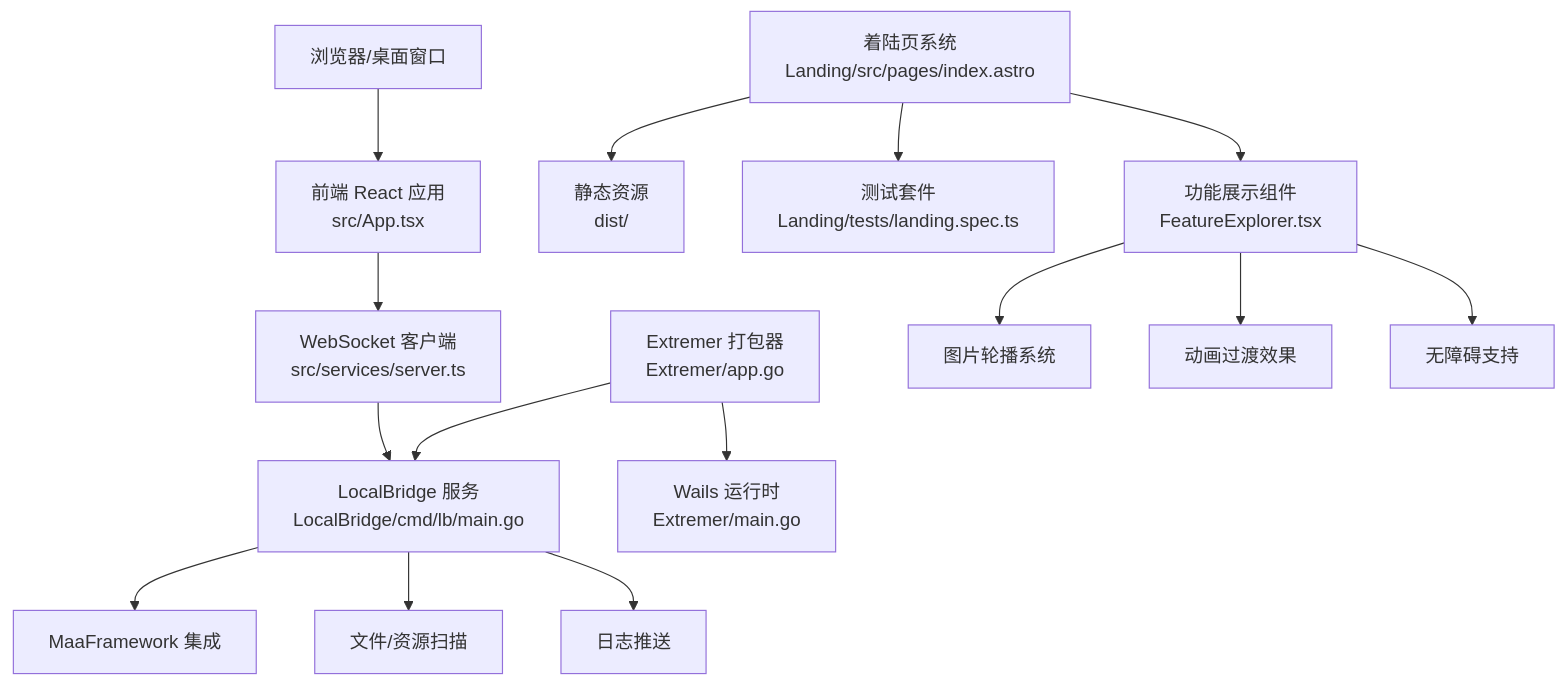
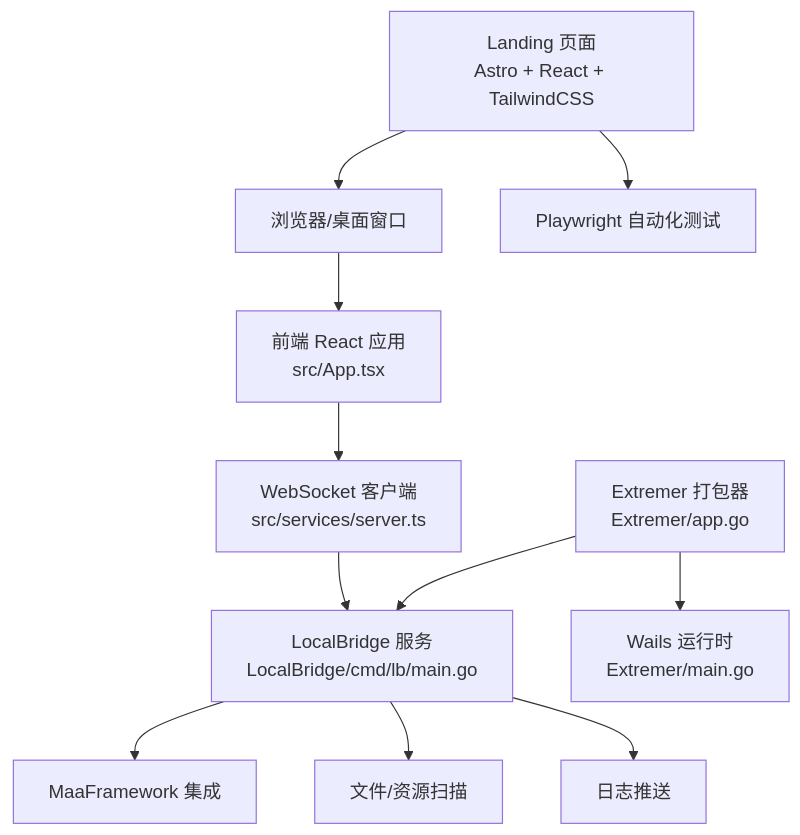
One commit to kqcoxn/MaaPipelineEditor changed the second of 6 diagrams in .qoder/repowiki/zh/content/开发者指南/开发者指南.md. Above: the diagram before and after it, drawn with Mermaid. The commit also changed other lines of this file and 50 other files, not shown here.

````diff
--- a/.qoder/repowiki/zh/content/开发者指南/开发者指南.md
+++ b/.qoder/repowiki/zh/content/开发者指南/开发者指南.md
@@ -165,17 +156,13 @@
 ```mermaid
 graph TB
 Browser["浏览器/桌面窗口"] --> Frontend["前端 React 应用<br/>src/App.tsx"]
 Frontend --> WS["WebSocket 客户端<br/>src/services/server.ts"]
 WS --> LB["LocalBridge 服务<br/>LocalBridge/cmd/lb/main.go"]
 LB --> MFW["MaaFramework 集成"]
 LB --> FS["文件/资源扫描"]
 LB --> Log["日志推送"]
 EX["Extremer 打包器<br/>Extremer/app.go"] --> LB
 EX --> Wails["Wails 运行时<br/>Extremer/main.go"]
-Landing["着陆页系统<br/>Landing/src/pages/index.astro"] --> Static["静态资源<br/>dist/"]
-Landing --> Tests["测试套件<br/>Landing/tests/landing.spec.ts"]
-Landing --> FeatureExplorer["功能展示组件<br/>FeatureExplorer.tsx"]
-FeatureExplorer --> Images["图片轮播系统"]
-FeatureExplorer --> Animations["动画过渡效果"]
-FeatureExplorer --> Accessibility["无障碍支持"]
+Landing["Landing 页面<br/>Astro + React + TailwindCSS"] --> Browser
+Landing --> LandingTests["Playwright 自动化测试"]
 ```
````
